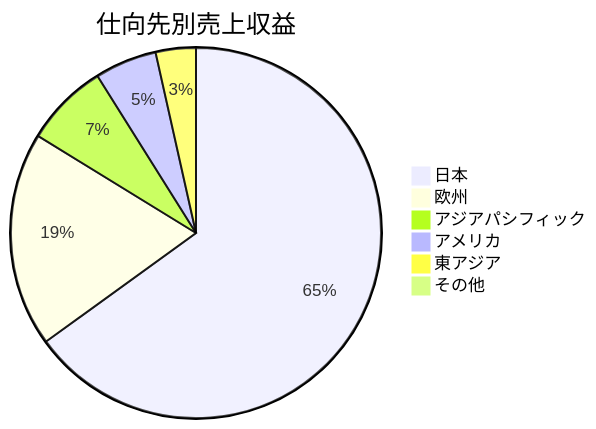
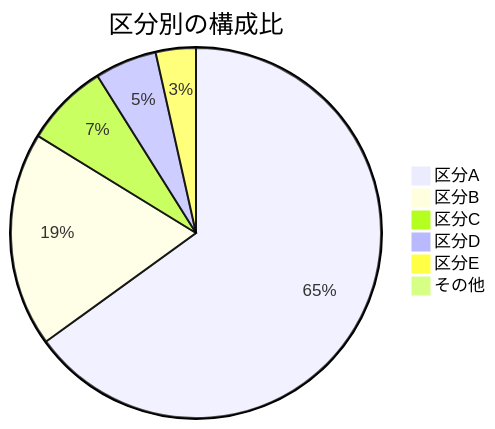
Before and after one commit to sgtao/skill-web-to-markdown-ja: the third of 6 diagrams in pdf-to-md-ja/references/mermaid_patterns.md, drawn with Mermaid. The commit also changed other lines of this file and 11 other files, not shown here.

````diff
--- a/pdf-to-md-ja/references/mermaid_patterns.md
+++ b/pdf-to-md-ja/references/mermaid_patterns.md
@@ -51,9 +51,9 @@
 ```mermaid
-pie title 仕向先別売上収益
-  "日本" : 64.9
-  "欧州" : 18.7
-  "アジアパシフィック" : 7.3
-  "アメリカ" : 5.4
-  "東アジア" : 3.5
+pie title 区分別の構成比
+  "区分A" : 64.9
+  "区分B" : 18.7
+  "区分C" : 7.3
+  "区分D" : 5.4
+  "区分E" : 3.5
   "その他" : 0.2
 ```
````
